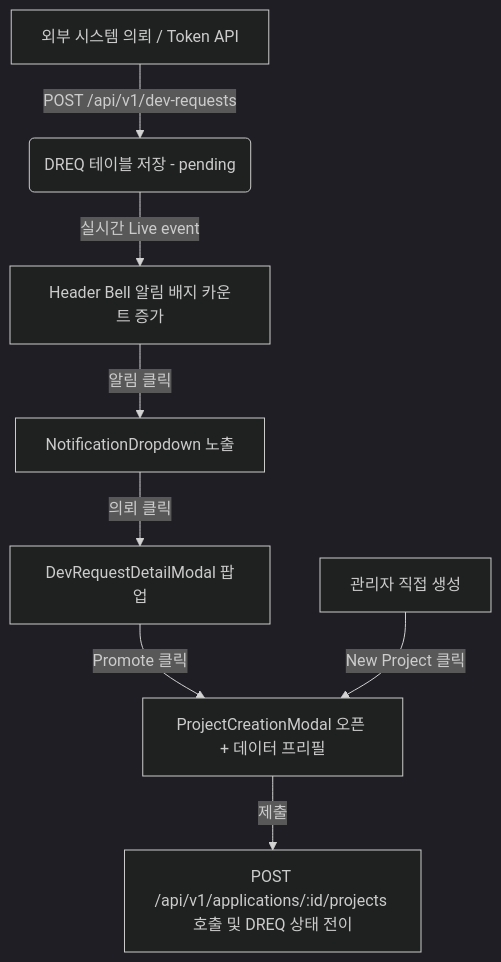
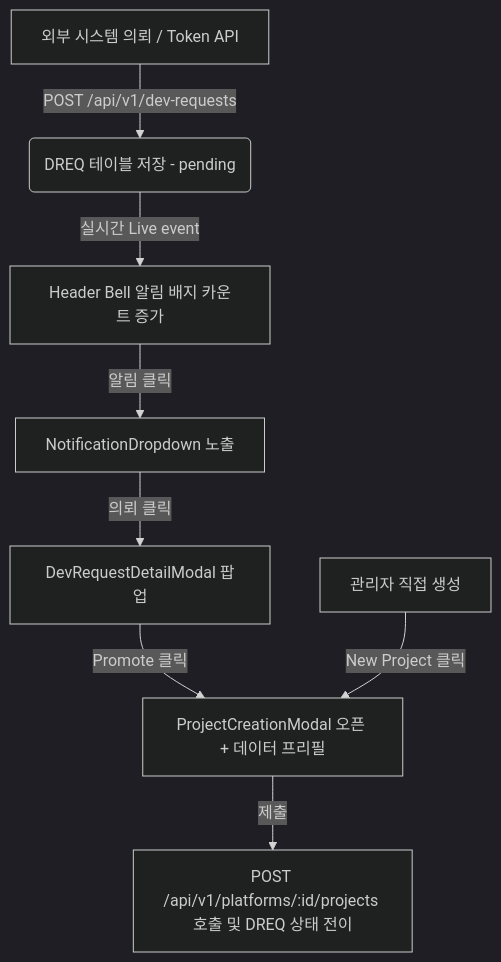
The diagram in docs/planning/project_creation_dreq_notification_concept.md (ykylee/Devhub_example), drawn with Mermaid (dark theme) before and after one commit. The commit also changed 263 other files, not shown here.

First line of the commit message:
feat: N-2 draft-publish UT + P1-6 Keycloak revocation + N-3 E2E SCM flow (#476)

````diff
--- a/docs/planning/project_creation_dreq_notification_concept.md
+++ b/docs/planning/project_creation_dreq_notification_concept.md
@@ -15,11 +15,11 @@
 ```mermaid
 graph TD
     A[외부 시스템 의뢰 / Token API] -->|POST /api/v1/dev-requests| B(DREQ 테이블 저장 - pending)
     B -->|실시간 Live event| C[Header Bell 알림 배지 카운트 증가]
     C -->|알림 클릭| D[NotificationDropdown 노출]
     D -->|의뢰 클릭| E[DevRequestDetailModal 팝업]
     E -->|Promote 클릭| F[ProjectCreationModal 오픈 + 데이터 프리필]
-    F -->|제출| G[POST /api/v1/applications/:id/projects 호출 및 DREQ 상태 전이]
+    F -->|제출| G[POST /api/v1/platforms/:id/projects 호출 및 DREQ 상태 전이]
     
     H[관리자 직접 생성] -->|New Project 클릭| F
 ```
````
